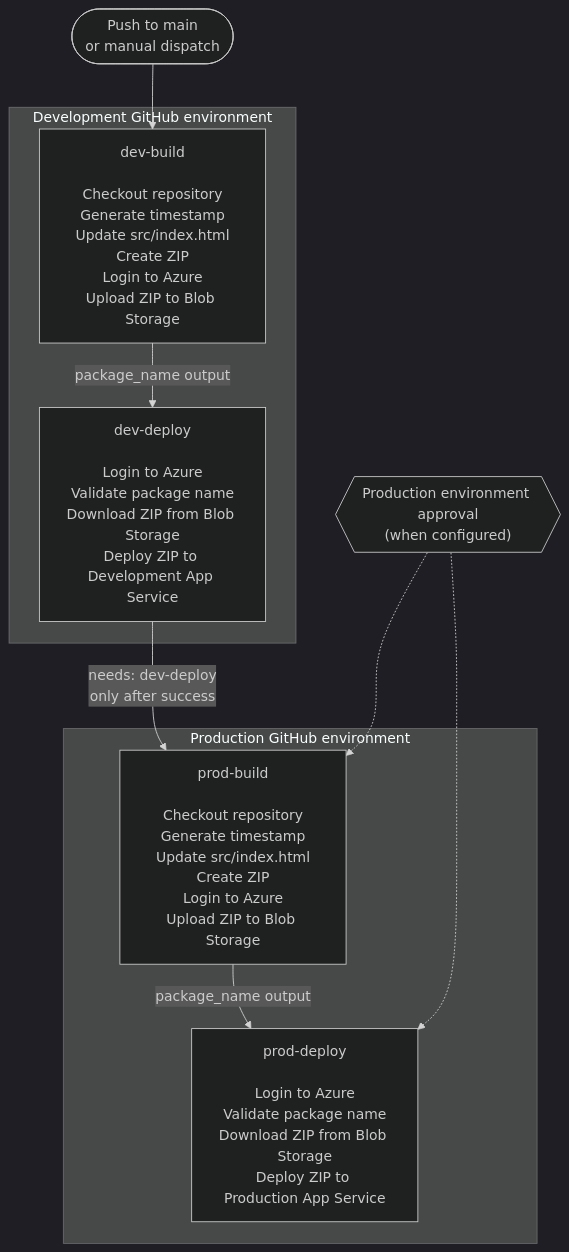
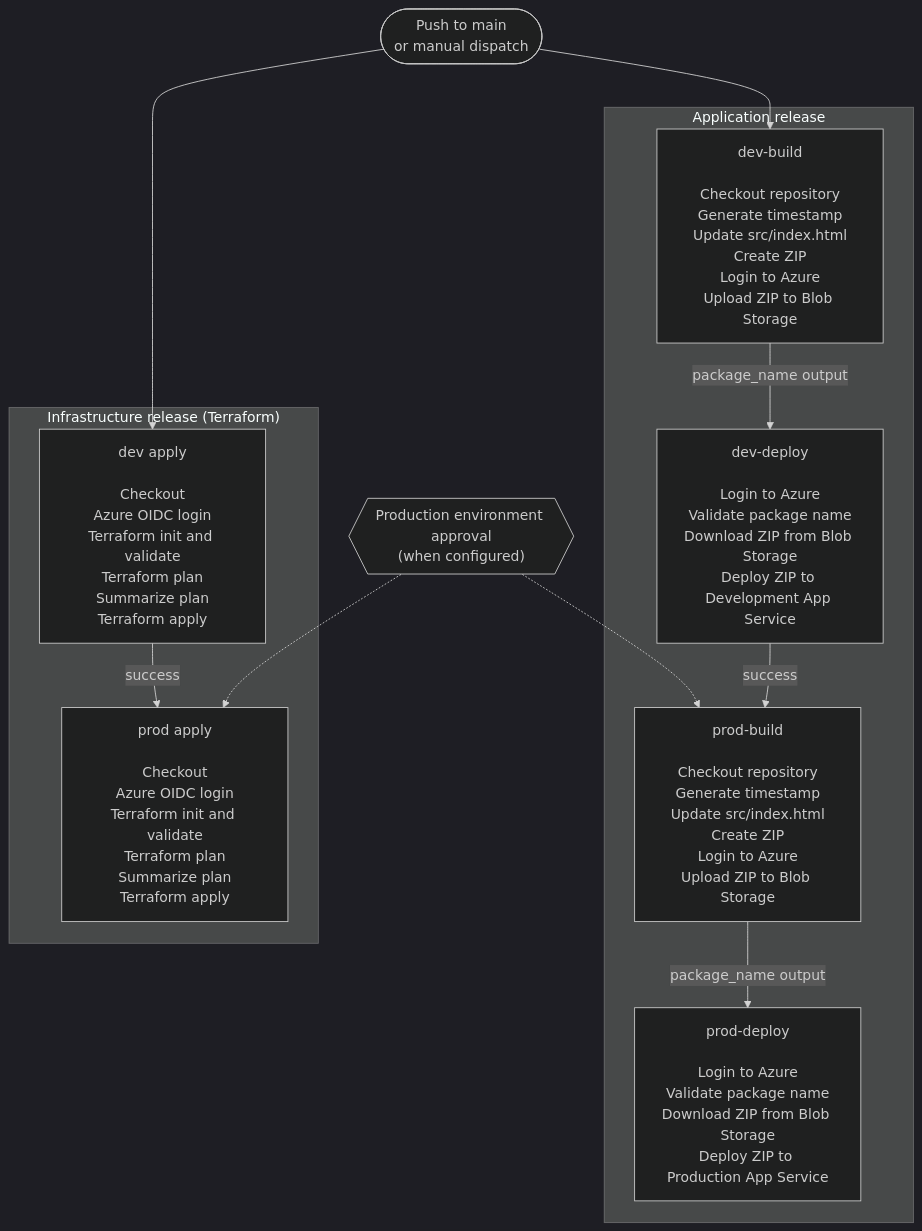
Before and after one commit to afira312/dtap-automation: the first of 7 diagrams in docs/release-flow.md, drawn with Mermaid (dark theme). The commit also changed other lines of this file and 1 other file, not shown here.

````diff
--- a/docs/release-flow.md
+++ b/docs/release-flow.md
@@ -21,21 +34,24 @@
 ```mermaid
 flowchart TD
-    START([Push to main<br/>or manual dispatch]) --> DB
+    START([Push to main<br/>or manual dispatch]) --> TFDEV
+    START --> DB
 
-    subgraph DEVELOPMENT["Development GitHub environment"]
+    subgraph INFRASTRUCTURE["Infrastructure release (Terraform)"]
+        TFDEV["dev apply<br/><br/>Checkout<br/>Azure OIDC login<br/>Terraform init and validate<br/>Terraform plan<br/>Summarize plan<br/>Terraform apply"]
+        TFPROD["prod apply<br/><br/>Checkout<br/>Azure OIDC login<br/>Terraform init and validate<br/>Terraform plan<br/>Summarize plan<br/>Terraform apply"]
+        TFDEV -->|success| TFPROD
+    end
+
+    subgraph APPLICATION["Application release"]
         DB["dev-build<br/><br/>Checkout repository<br/>Generate timestamp<br/>Update src/index.html<br/>Create ZIP<br/>Login to Azure<br/>Upload ZIP to Blob Storage"]
         DD["dev-deploy<br/><br/>Login to Azure<br/>Validate package name<br/>Download ZIP from Blob Storage<br/>Deploy ZIP to Development App Service"]
         DB -->|package_name output| DD
-    end
-
-    DD -->|needs: dev-deploy<br/>only after success| PB
-
-    subgraph PRODUCTION["Production GitHub environment"]
         PB["prod-build<br/><br/>Checkout repository<br/>Generate timestamp<br/>Update src/index.html<br/>Create ZIP<br/>Login to Azure<br/>Upload ZIP to Blob Storage"]
         PD["prod-deploy<br/><br/>Login to Azure<br/>Validate package name<br/>Download ZIP from Blob Storage<br/>Deploy ZIP to Production App Service"]
+        DD -->|success| PB
         PB -->|package_name output| PD
     end
 
-    APPROVAL{{"Production environment approval<br/>(when configured)"}} -.-> PB
-    APPROVAL -.-> PD
+    APPROVAL{{"Production environment approval<br/>(when configured)"}} -.-> TFPROD
+    APPROVAL -.-> PB
 ```
````
